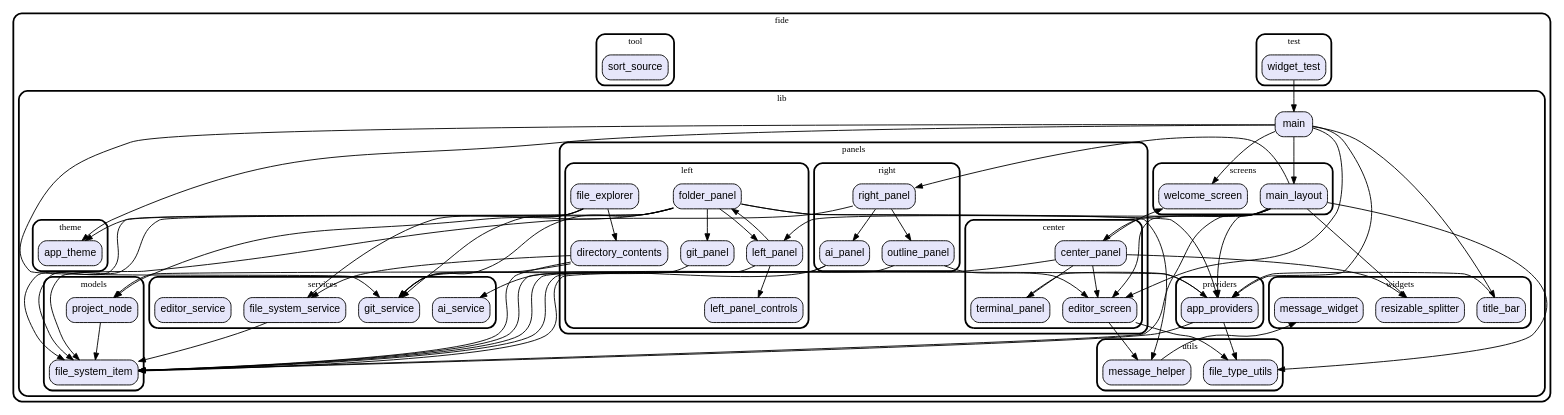
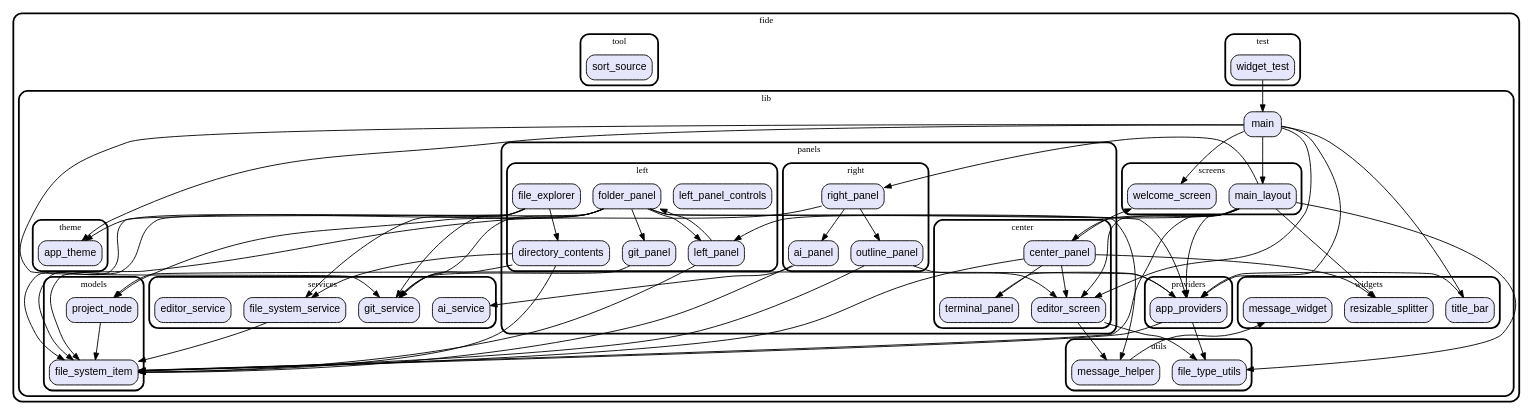
Before and after one commit to vteam-com/FIDE: the diagram in graph.dot, drawn with Graphviz. The commit also changed 5 other files, not shown here.

```diff
--- a/graph.dot
+++ b/graph.dot
@@ -1,167 +1,166 @@
 digraph "" {
   graph [style=rounded fontname="Arial Black" fontsize=13 penwidth=2.6];
   node [shape=rect style="filled,rounded" fontname=Arial fontsize=15 fillcolor=Lavender penwidth=1.3];
   edge [penwidth=1.3];
   "/test/widget_test.dart" [label="widget_test"];
   "/lib/providers/app_providers.dart" [label="app_providers"];
   "/lib/panels/right/outline_panel.dart" [label="outline_panel"];
   "/lib/panels/right/ai_panel.dart" [label="ai_panel"];
   "/lib/panels/right/right_panel.dart" [label="right_panel"];
   "/lib/panels/center/editor_screen.dart" [label="editor_screen"];
   "/lib/panels/center/terminal_panel.dart" [label="terminal_panel"];
   "/lib/panels/center/center_panel.dart" [label="center_panel"];
   "/lib/panels/left/git_panel.dart" [label="git_panel"];
   "/lib/panels/left/left_panel_controls.dart" [label="left_panel_controls"];
   "/lib/panels/left/directory_contents.dart" [label="directory_contents"];
   "/lib/panels/left/folder_panel.dart" [label="folder_panel"];
   "/lib/panels/left/file_explorer.dart" [label="file_explorer"];
   "/lib/panels/left/left_panel.dart" [label="left_panel"];
   "/lib/utils/message_helper.dart" [label="message_helper"];
   "/lib/utils/file_type_utils.dart" [label="file_type_utils"];
   "/lib/models/project_node.dart" [label="project_node"];
   "/lib/models/file_system_item.dart" [label="file_system_item"];
   "/lib/screens/main_layout.dart" [label="main_layout"];
   "/lib/screens/welcome_screen.dart" [label="welcome_screen"];
   "/lib/main.dart" [label="main"];
   "/lib/theme/app_theme.dart" [label="app_theme"];
   "/lib/services/git_service.dart" [label="git_service"];
   "/lib/services/ai_service.dart" [label="ai_service"];
   "/lib/services/file_system_service.dart" [label="file_system_service"];
   "/lib/services/editor_service.dart" [label="editor_service"];
   "/lib/widgets/resizable_splitter.dart" [label="resizable_splitter"];
   "/lib/widgets/title_bar.dart" [label="title_bar"];
   "/lib/widgets/message_widget.dart" [label="message_widget"];
   "/tool/sort_source.dart" [label="sort_source"];
   subgraph "cluster~" {
     label="fide";
     subgraph "cluster~/test" {
       label="test";
       "/test/widget_test.dart";
     }
     subgraph "cluster~/lib" {
       label="lib";
       "/lib/main.dart";
       subgraph "cluster~/lib/providers" {
         label="providers";
         "/lib/providers/app_providers.dart";
       }
       subgraph "cluster~/lib/panels" {
         label="panels";
         subgraph "cluster~/lib/panels/right" {
           label="right";
           "/lib/panels/right/outline_panel.dart";
           "/lib/panels/right/ai_panel.dart";
           "/lib/panels/right/right_panel.dart";
         }
         subgraph "cluster~/lib/panels/center" {
           label="center";
           "/lib/panels/center/editor_screen.dart";
           "/lib/panels/center/terminal_panel.dart";
           "/lib/panels/center/center_panel.dart";
         }
         subgraph "cluster~/lib/panels/left" {
           label="left";
           "/lib/panels/left/git_panel.dart";
           "/lib/panels/left/left_panel_controls.dart";
           "/lib/panels/left/directory_contents.dart";
           "/lib/panels/left/folder_panel.dart";
           "/lib/panels/left/file_explorer.dart";
           "/lib/panels/left/left_panel.dart";
         }
       }
       subgraph "cluster~/lib/utils" {
         label="utils";
         "/lib/utils/message_helper.dart";
         "/lib/utils/file_type_utils.dart";
       }
       subgraph "cluster~/lib/models" {
         label="models";
         "/lib/models/project_node.dart";
         "/lib/models/file_system_item.dart";
       }
       subgraph "cluster~/lib/screens" {
         label="screens";
         "/lib/screens/main_layout.dart";
         "/lib/screens/welcome_screen.dart";
       }
       subgraph "cluster~/lib/theme" {
         label="theme";
         "/lib/theme/app_theme.dart";
       }
       subgraph "cluster~/lib/services" {
         label="services";
         "/lib/services/git_service.dart";
         "/lib/services/ai_service.dart";
         "/lib/services/file_system_service.dart";
         "/lib/services/editor_service.dart";
       }
       subgraph "cluster~/lib/widgets" {
         label="widgets";
         "/lib/widgets/resizable_splitter.dart";
         "/lib/widgets/title_bar.dart";
         "/lib/widgets/message_widget.dart";
       }
     }
     subgraph "cluster~/tool" {
       label="tool";
       "/tool/sort_source.dart";
     }
   }
   "/test/widget_test.dart" -> "/lib/main.dart";
   "/lib/providers/app_providers.dart" -> "/lib/models/file_system_item.dart";
   "/lib/providers/app_providers.dart" -> "/lib/models/project_node.dart";
   "/lib/providers/app_providers.dart" -> "/lib/utils/file_type_utils.dart";
   "/lib/panels/right/outline_panel.dart" -> "/lib/models/file_system_item.dart";
   "/lib/panels/right/outline_panel.dart" -> "/lib/panels/center/editor_screen.dart";
   "/lib/panels/right/ai_panel.dart" -> "/lib/services/ai_service.dart";
   "/lib/panels/right/ai_panel.dart" -> "/lib/models/file_system_item.dart";
   "/lib/panels/right/right_panel.dart" -> "/lib/panels/right/outline_panel.dart";
   "/lib/panels/right/right_panel.dart" -> "/lib/panels/right/ai_panel.dart";
   "/lib/panels/right/right_panel.dart" -> "/lib/models/file_system_item.dart";
   "/lib/panels/center/editor_screen.dart" -> "/lib/utils/message_helper.dart";
   "/lib/panels/center/editor_screen.dart" -> "/lib/utils/file_type_utils.dart";
   "/lib/panels/center/terminal_panel.dart" -> "/lib/providers/app_providers.dart";
   "/lib/panels/center/center_panel.dart" -> "/lib/screens/welcome_screen.dart";
   "/lib/panels/center/center_panel.dart" -> "/lib/panels/center/editor_screen.dart";
   "/lib/panels/center/center_panel.dart" -> "/lib/panels/center/terminal_panel.dart";
   "/lib/panels/center/center_panel.dart" -> "/lib/widgets/resizable_splitter.dart";
   "/lib/panels/center/center_panel.dart" -> "/lib/models/file_system_item.dart";
   "/lib/panels/left/git_panel.dart" -> "/lib/services/git_service.dart";
   "/lib/panels/left/directory_contents.dart" -> "/lib/services/file_system_service.dart";
   "/lib/panels/left/directory_contents.dart" -> "/lib/services/git_service.dart";
   "/lib/panels/left/directory_contents.dart" -> "/lib/models/file_system_item.dart";
   "/lib/panels/left/folder_panel.dart" -> "/lib/models/project_node.dart";
   "/lib/panels/left/folder_panel.dart" -> "/lib/models/file_system_item.dart";
   "/lib/panels/left/folder_panel.dart" -> "/lib/services/git_service.dart";
   "/lib/panels/left/folder_panel.dart" -> "/lib/utils/message_helper.dart";
   "/lib/panels/left/folder_panel.dart" -> "/lib/panels/left/git_panel.dart";
   "/lib/panels/left/folder_panel.dart" -> "/lib/theme/app_theme.dart";
   "/lib/panels/left/folder_panel.dart" -> "/lib/panels/left/left_panel.dart";
   "/lib/panels/left/folder_panel.dart" -> "/lib/providers/app_providers.dart";
   "/lib/panels/left/file_explorer.dart" -> "/lib/services/file_system_service.dart";
   "/lib/panels/left/file_explorer.dart" -> "/lib/services/git_service.dart";
   "/lib/panels/left/file_explorer.dart" -> "/lib/models/file_system_item.dart";
   "/lib/panels/left/file_explorer.dart" -> "/lib/panels/left/directory_contents.dart";
   "/lib/panels/left/left_panel.dart" -> "/lib/panels/left/folder_panel.dart";
-  "/lib/panels/left/left_panel.dart" -> "/lib/panels/left/left_panel_controls.dart";
   "/lib/panels/left/left_panel.dart" -> "/lib/models/file_system_item.dart";
   "/lib/utils/message_helper.dart" -> "/lib/widgets/message_widget.dart";
   "/lib/models/project_node.dart" -> "/lib/models/file_system_item.dart";
   "/lib/screens/main_layout.dart" -> "/lib/panels/center/editor_screen.dart";
   "/lib/screens/main_layout.dart" -> "/lib/providers/app_providers.dart";
   "/lib/screens/main_layout.dart" -> "/lib/models/file_system_item.dart";
   "/lib/screens/main_layout.dart" -> "/lib/utils/file_type_utils.dart";
   "/lib/screens/main_layout.dart" -> "/lib/widgets/resizable_splitter.dart";
   "/lib/screens/main_layout.dart" -> "/lib/panels/left/left_panel.dart";
   "/lib/screens/main_layout.dart" -> "/lib/panels/center/center_panel.dart";
   "/lib/screens/main_layout.dart" -> "/lib/panels/right/right_panel.dart";
   "/lib/main.dart" -> "/lib/providers/app_providers.dart";
   "/lib/main.dart" -> "/lib/screens/main_layout.dart";
   "/lib/main.dart" -> "/lib/widgets/title_bar.dart";
   "/lib/main.dart" -> "/lib/panels/center/editor_screen.dart";
   "/lib/main.dart" -> "/lib/screens/welcome_screen.dart";
   "/lib/main.dart" -> "/lib/services/git_service.dart";
   "/lib/main.dart" -> "/lib/theme/app_theme.dart";
   "/lib/services/file_system_service.dart" -> "/lib/models/file_system_item.dart";
   "/lib/widgets/title_bar.dart" -> "/lib/providers/app_providers.dart";
 }
```
